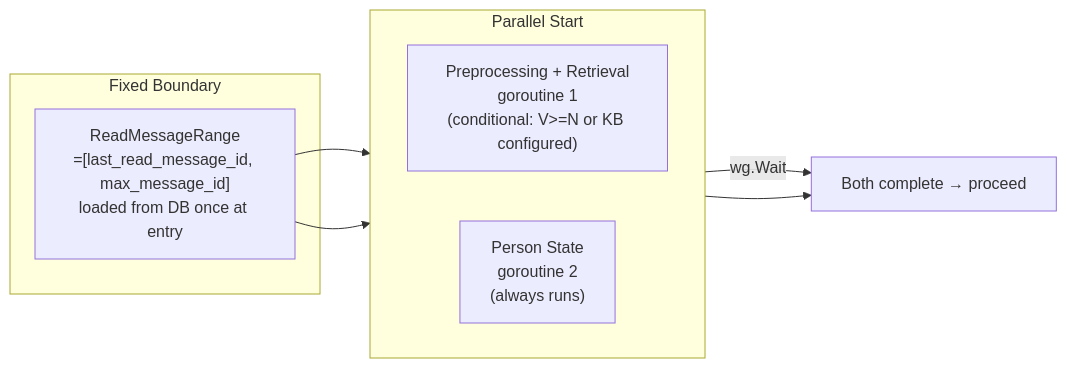
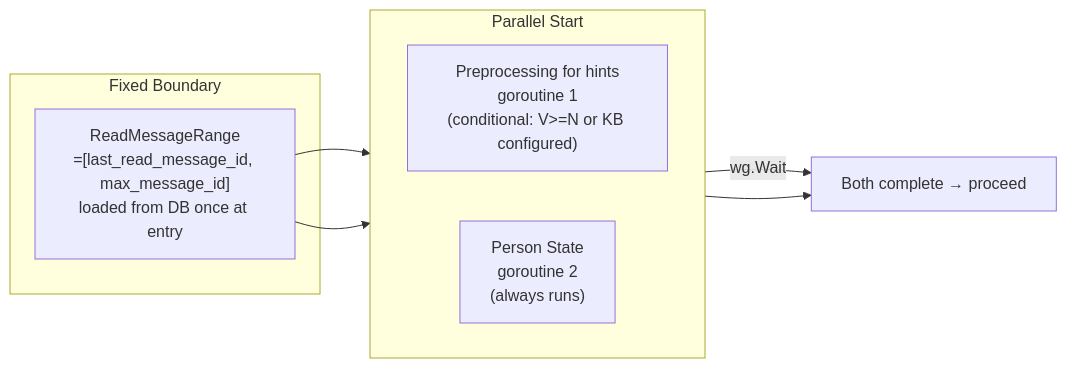
One commit to KoanJan/qingqiu-world changed the second of 9 diagrams in doc/engineering_implements/context-engineering-pipeline.md. Above: the diagram before and after it, drawn with Mermaid. The commit also changed other lines of this file and 83 other files, not shown here.

````diff
--- a/doc/engineering_implements/context-engineering-pipeline.md
+++ b/doc/engineering_implements/context-engineering-pipeline.md
@@ -51,15 +52,15 @@
 ```mermaid
 flowchart LR
     subgraph "Fixed Boundary"
         R["ReadMessageRange<br/>=[last_read_message_id, max_message_id]<br/>loaded from DB once at entry"]
     end
     subgraph "Parallel Start"
         direction LR
-        A["Preprocessing + Retrieval<br/>goroutine 1<br/>(conditional: V>=N or KB configured)"]
+        A["Preprocessing for hints<br/>goroutine 1<br/>(conditional: V>=N or KB configured)"]
         B["Person State<br/>goroutine 2<br/>(always runs)"]
     end
     R --> A
     R --> B
     A -->|wg.Wait| Join["Both complete → proceed"]
     B --> Join
 ```
````
